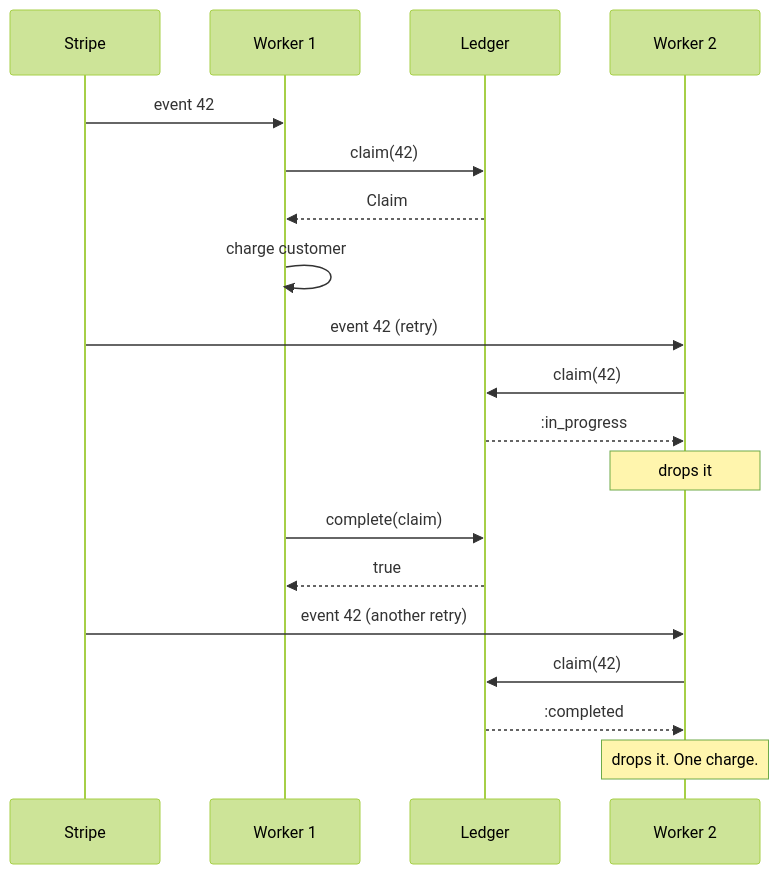
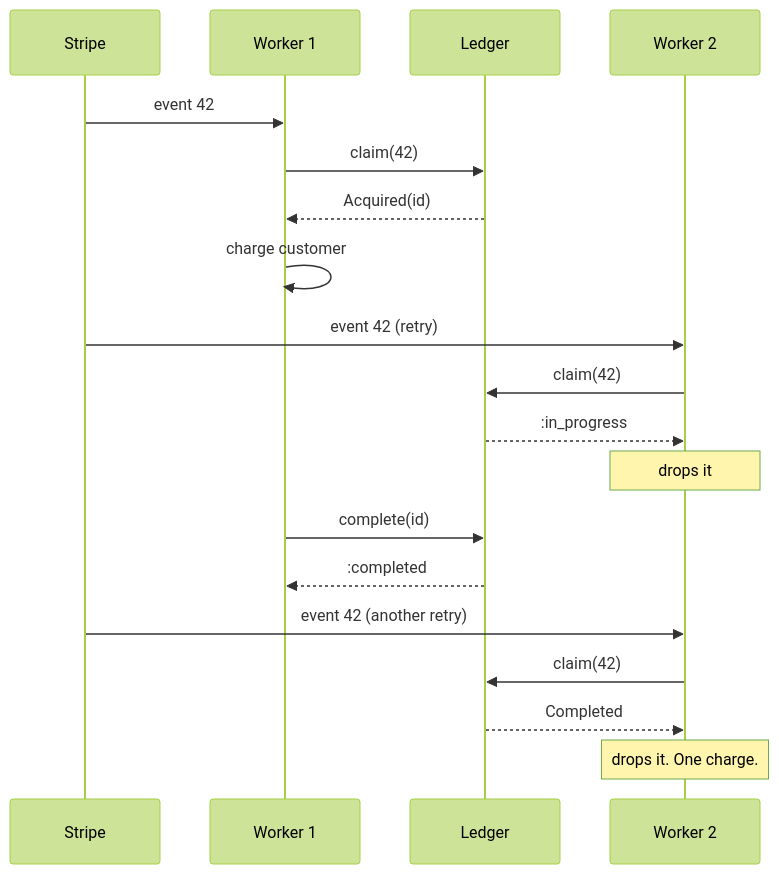
One commit to seuros/dedup_machines changed the second of 2 diagrams in README.md. Above: the diagram before and after it, drawn with Mermaid (forest theme). The commit also changed other lines of this file and 26 other files, not shown here.

````diff
--- a/README.md
+++ b/README.md
@@ -79,25 +79,25 @@
 ```mermaid
 sequenceDiagram
     participant S as Stripe
     participant W1 as Worker 1
     participant L as Ledger
     participant W2 as Worker 2
 
     S->>W1: event 42
     W1->>L: claim(42)
-    L-->>W1: Claim
+    L-->>W1: Acquired(id)
     W1->>W1: charge customer
 
     S->>W2: event 42 (retry)
     W2->>L: claim(42)
     L-->>W2: :in_progress
     Note over W2: drops it
 
-    W1->>L: complete(claim)
-    L-->>W1: true
+    W1->>L: complete(id)
+    L-->>W1: :completed
 
     S->>W2: event 42 (another retry)
     W2->>L: claim(42)
-    L-->>W2: :completed
+    L-->>W2: Completed
     Note over W2: drops it. One charge.
 ```
````
